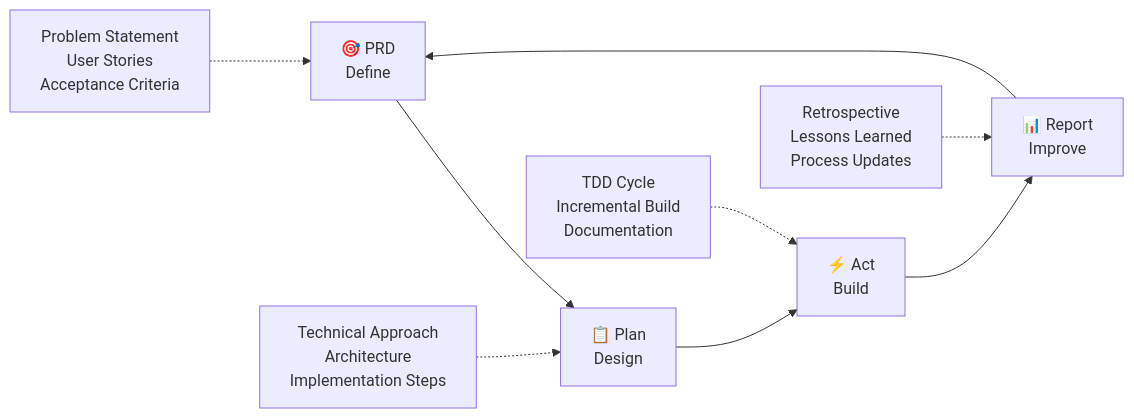
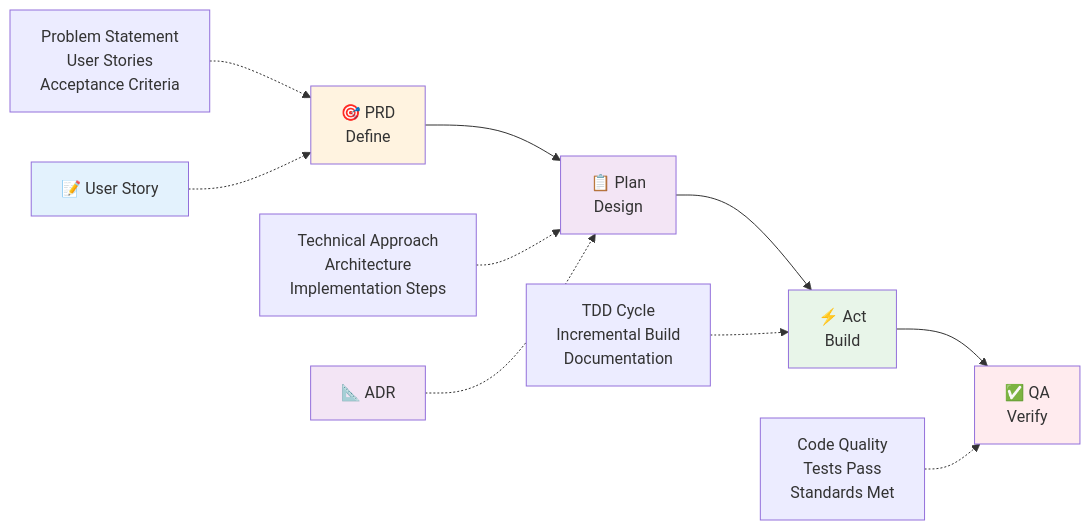
One commit to pocky/vibe-php changed the diagram in .claude/commands/workflow-help.md. Above: the diagram before and after it, drawn with Mermaid. The commit also changed other lines of this file and 62 other files, not shown here.

````diff
--- a/.claude/commands/workflow-help.md
+++ b/.claude/commands/workflow-help.md
@@ -22,12 +24,21 @@
 ```mermaid
 graph LR
     A[🎯 PRD<br/>Define] --> B[📋 Plan<br/>Design]
     B --> C[⚡ Act<br/>Build]
-    C --> D[📊 Report<br/>Improve]
-    D --> A
+    C --> D[✅ QA<br/>Verify]
     
     A1[Problem Statement<br/>User Stories<br/>Acceptance Criteria] -.-> A
     B1[Technical Approach<br/>Architecture<br/>Implementation Steps] -.-> B
     C1[TDD Cycle<br/>Incremental Build<br/>Documentation] -.-> C
-    D1[Retrospective<br/>Lessons Learned<br/>Process Updates] -.-> D
+    D1[Code Quality<br/>Tests Pass<br/>Standards Met] -.-> D
+    
+    E[📝 User Story] -.-> A
+    F[📐 ADR] -.-> B
+    
+    style A fill:#fff3e0
+    style B fill:#f3e5f5
+    style C fill:#e8f5e9
+    style D fill:#ffebee
+    style E fill:#e3f2fd
+    style F fill:#f3e5f5
 ```
````
